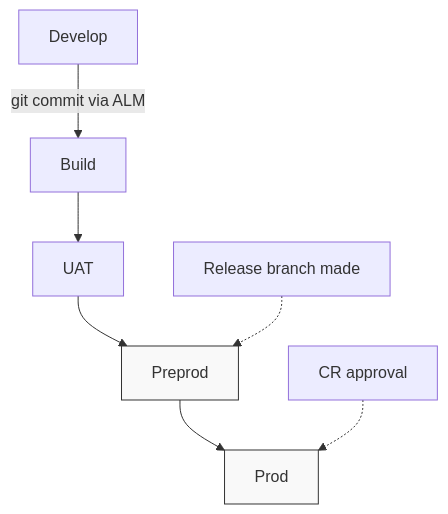
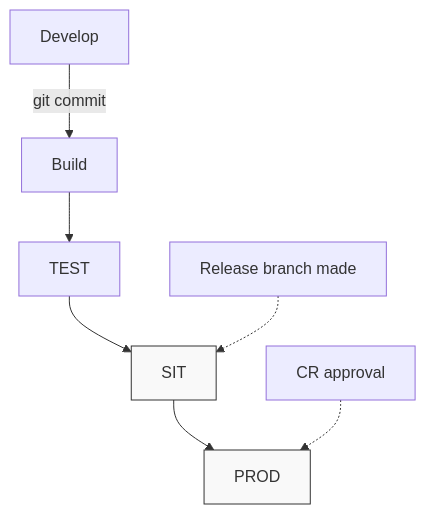
One commit to NathanD98/Mermaid-graphs changed the diagram in Graphs/envFlow.md. Above: the diagram before and after it, drawn with Mermaid.

````diff
--- a/Graphs/envFlow.md
+++ b/Graphs/envFlow.md
@@ -1,17 +1,17 @@
 ``` mermaid
 flowchart TD
-    A[Develop] -->|git commit via ALM| B[Build]
-    B --> C[UAT]
-    C --> D[Preprod]
-    D --> E[Prod]
+    A[Develop] -->|git commit| B[Build]
+    B --> C[TEST]
+    C --> D[SIT]
+    D --> E[PROD]
 
-    %% Notes above Preprod and Prod
+    %% Notes above SIT and Prod
     D:::annotated
     E:::annotated
 
     %% Annotation lines
     X1[Release branch made] -.-> D
     X2[CR approval] -.-> E
 
     classDef annotated fill:#f9f9f9,stroke:#333,stroke-width:1px;
 ```
````
